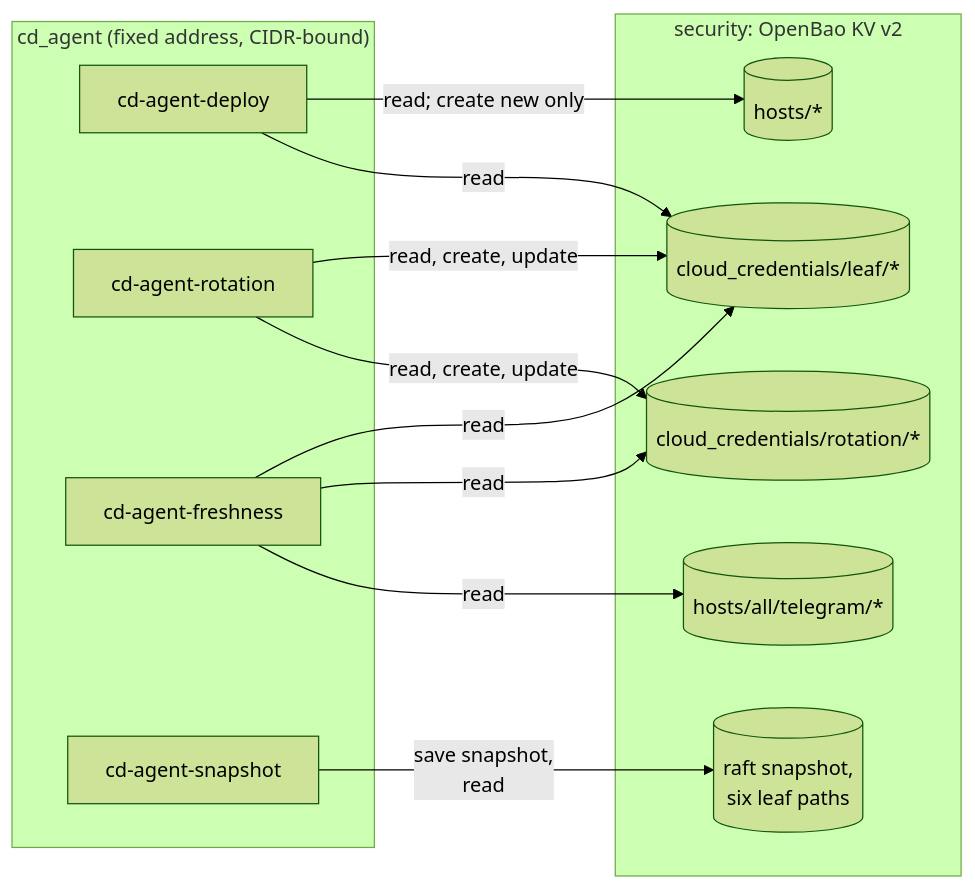
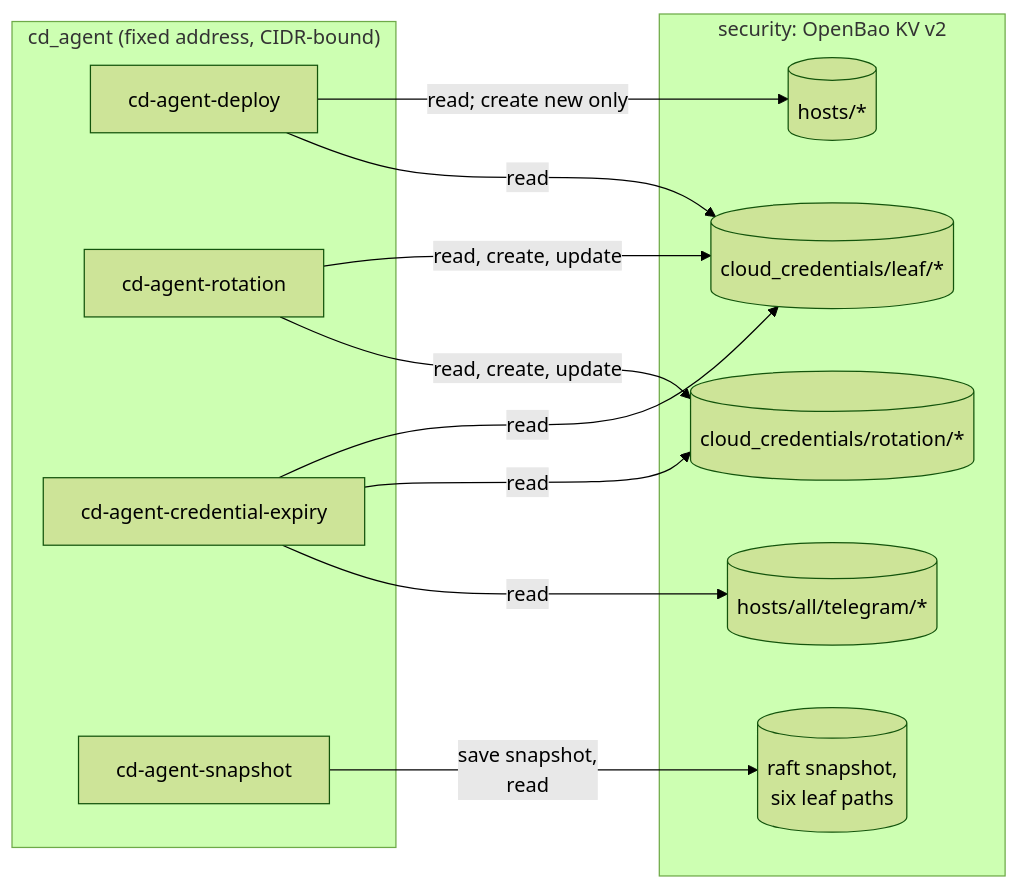
Before and after one commit to wenenhoe/homelab: the third of 3 diagrams in docs/architecture/secrets-and-credentials-flow.md, drawn with Mermaid (forest theme). The commit also changed 40 other files, not shown here.

First line of the commit message:
refactor: rename the credential freshness check to credential expiry

````diff
--- a/docs/architecture/secrets-and-credentials-flow.md
+++ b/docs/architecture/secrets-and-credentials-flow.md
@@ -70,23 +70,23 @@
 ```mermaid
 flowchart LR
     subgraph cd["cd_agent (fixed address, CIDR-bound)"]
         deploy["cd-agent-deploy"]
         rotation["cd-agent-rotation"]
-        freshness["cd-agent-freshness"]
+        expiry["cd-agent-credential-expiry"]
         snapshot["cd-agent-snapshot"]
     end
 
     subgraph security["security: OpenBao KV v2"]
         hosts[("hosts/*")]
         telegram[("hosts/all/telegram/*")]
         leaf[("cloud_credentials/leaf/*")]
         rot[("cloud_credentials/rotation/*")]
         snap[("raft snapshot,<br/>six leaf paths")]
     end
 
     deploy -- "read; create new only" --> hosts
     deploy -- "read" --> leaf
     rotation -- "read, create, update" --> leaf & rot
-    freshness -- "read" --> leaf & rot & telegram
+    expiry -- "read" --> leaf & rot & telegram
     snapshot -- "save snapshot,<br/>read" --> snap
 ```
````
